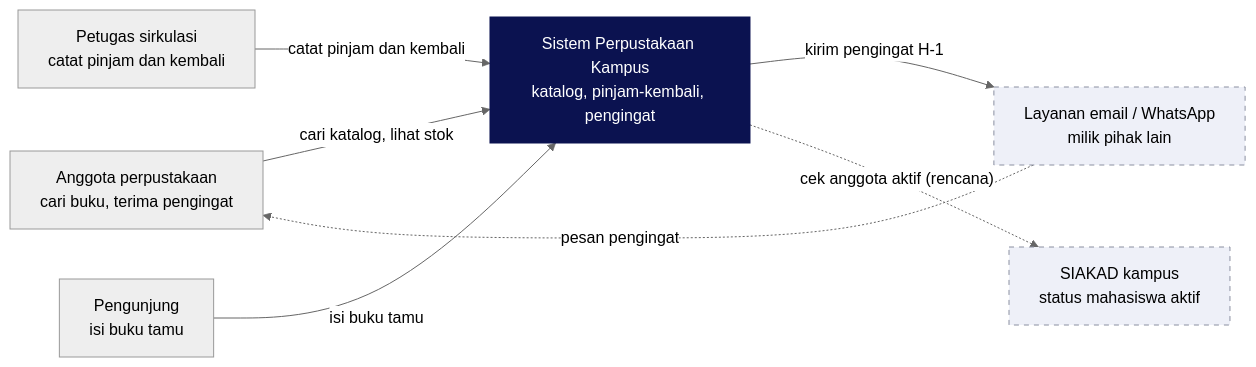
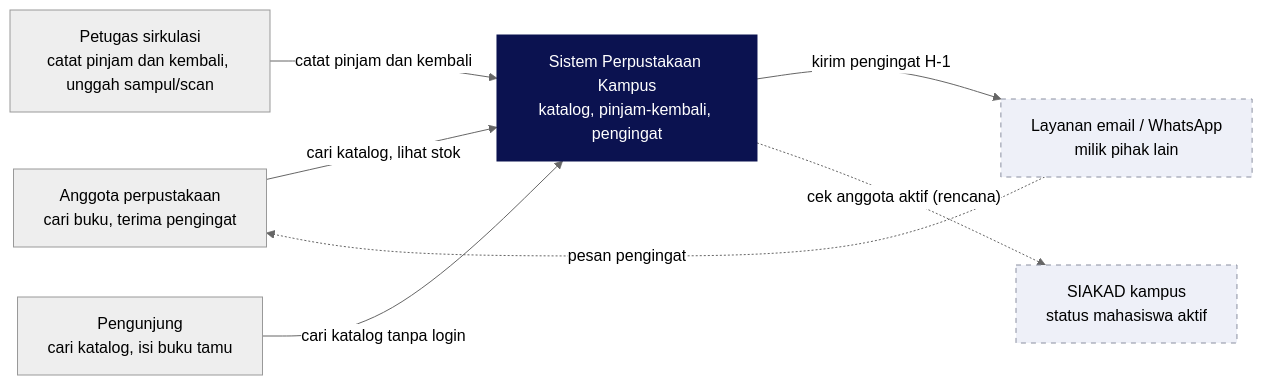
One commit to hannyprastya/tb-kel0 changed the first of 5 diagrams in docs/arsitektur.md. Above: the diagram before and after it, drawn with Mermaid (neutral theme). The commit also changed other lines of this file and 28 other files, not shown here.

````diff
--- a/docs/arsitektur.md
+++ b/docs/arsitektur.md
@@ -20,19 +35,19 @@
 ```mermaid
 flowchart LR
   anggota["Anggota perpustakaan<br/>cari buku, terima pengingat"]
-  petugas["Petugas sirkulasi<br/>catat pinjam dan kembali"]
-  tamu["Pengunjung<br/>isi buku tamu"]
+  petugas["Petugas sirkulasi<br/>catat pinjam dan kembali, unggah sampul/scan"]
+  tamu["Pengunjung<br/>cari katalog, isi buku tamu"]
   sistem["Sistem Perpustakaan Kampus<br/>katalog, pinjam-kembali, pengingat"]
   pesan["Layanan email / WhatsApp<br/>milik pihak lain"]
   siakad["SIAKAD kampus<br/>status mahasiswa aktif"]
   anggota -- "cari katalog, lihat stok" --> sistem
   petugas -- "catat pinjam dan kembali" --> sistem
-  tamu -- "isi buku tamu" --> sistem
+  tamu -- "cari katalog tanpa login" --> sistem
   sistem -- "kirim pengingat H-1" --> pesan
   pesan -. "pesan pengingat" .-> anggota
   sistem -. "cek anggota aktif (rencana)" .-> siakad
   classDef kita fill:#0B1250,stroke:#0B1250,color:#fff
   classDef luar fill:#EEF0F8,stroke:#8A8FA0,stroke-dasharray: 5 5
   class sistem kita
   class pesan,siakad luar
 ```
````
